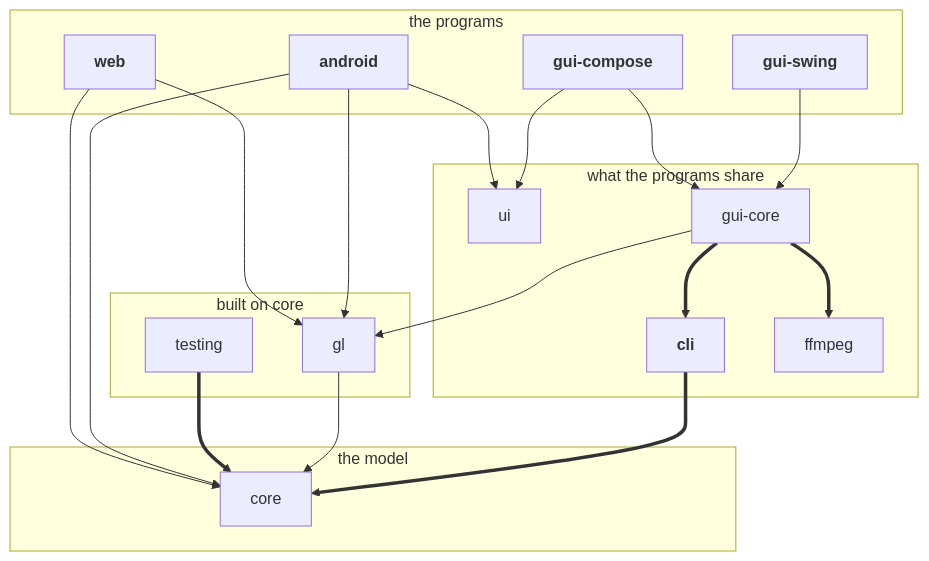
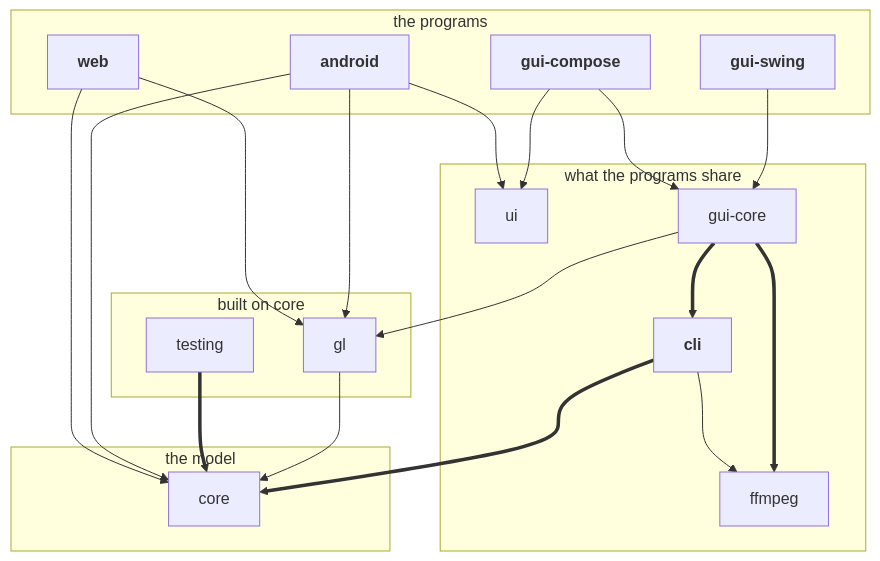
The first of 4 diagrams in docs/developing.md (loplex/sandbox_testing_repo_1), drawn with Mermaid before and after one commit. The commit also changed other lines of this file and 19 other files, not shown here.

````diff
--- a/docs/developing.md
+++ b/docs/developing.md
@@ -94,38 +95,39 @@
 ```mermaid
 graph TD
     subgraph programs [the programs]
         android
         gui-compose
         gui-swing
         web
     end
     subgraph shared [what the programs share]
         ui
         gui-core
         cli
         ffmpeg
     end
     subgraph base [built on core]
         testing
         gl
     end
     subgraph model [the model]
         core
     end
     cli ==> core
     android --> gl
     gl --> core
     gui-core --> gl
     gui-swing --> gui-core
     gui-compose --> gui-core
     testing ==> core
     gui-core ==> cli
     gui-core ==> ffmpeg
+    cli --> ffmpeg
     gui-compose --> ui
     web --> gl
     android --> core
     web --> core
     android --> ui
     classDef program font-weight:bold
     class android,gui-compose,gui-swing,web,cli program
 ```
````
